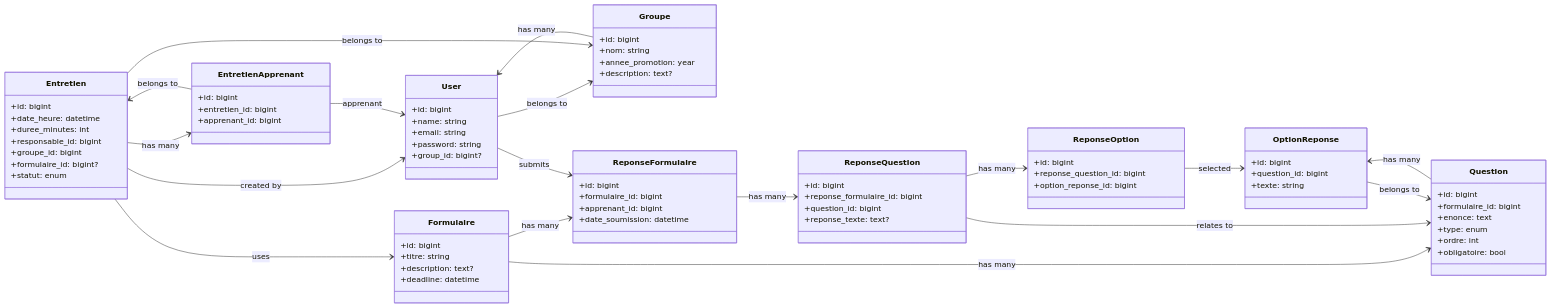
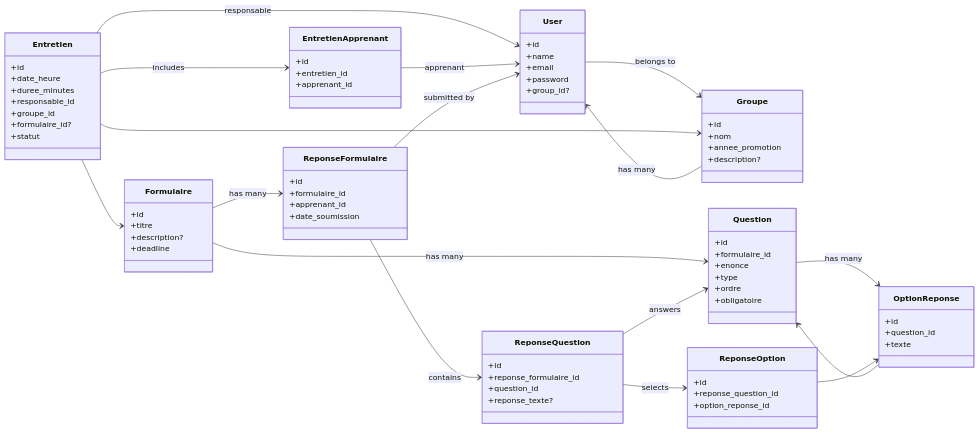
Before and after one commit to bardichoussama/FileRouge: the diagram in Branche Technique/Conception/Diagram_Class.mmd, drawn with Mermaid.

```diff
--- a/Branche Technique/Conception/Diagram_Class.mmd
+++ b/Branche Technique/Conception/Diagram_Class.mmd
@@ -1,100 +1,100 @@
 classDiagram
     direction LR
 
+    %% Entities
     class User {
-        +id: bigint
-        +name: string
-        +email: string
-        +password: string
-        +group_id: bigint?
+        +id
+        +name
+        +email
+        +password
+        +group_id?
     }
 
     class Groupe {
-        +id: bigint
-        +nom: string
-        +annee_promotion: year
-        +description: text?
+        +id
+        +nom
+        +annee_promotion
+        +description?
     }
 
     class Formulaire {
-        +id: bigint
-        +titre: string
-        +description: text?
-        +deadline: datetime
+        +id
+        +titre
+        +description?
+        +deadline
     }
 
     class Question {
-        +id: bigint
-        +formulaire_id: bigint
-        +enonce: text
-        +type: enum
-        +ordre: int
-        +obligatoire: bool
+        +id
+        +formulaire_id
+        +enonce
+        +type
+        +ordre
+        +obligatoire
     }
 
     class OptionReponse {
-        +id: bigint
-        +question_id: bigint
-        +texte: string
+        +id
+        +question_id
+        +texte
     }
 
     class Entretien {
-        +id: bigint
-        +date_heure: datetime
-        +duree_minutes: int
-        +responsable_id: bigint
-        +groupe_id: bigint
-        +formulaire_id: bigint?
-        +statut: enum
+        +id
+        +date_heure
+        +duree_minutes
+        +responsable_id
+        +groupe_id
+        +formulaire_id?
+        +statut
     }
 
     class EntretienApprenant {
-        +id: bigint
-        +entretien_id: bigint
-        +apprenant_id: bigint
+        +id
+        +entretien_id
+        +apprenant_id
     }
 
     class ReponseFormulaire {
-        +id: bigint
-        +formulaire_id: bigint
-        +apprenant_id: bigint
-        +date_soumission: datetime
+        +id
+        +formulaire_id
+        +apprenant_id
+        +date_soumission
     }
 
     class ReponseQuestion {
-        +id: bigint
-        +reponse_formulaire_id: bigint
-        +question_id: bigint
-        +reponse_texte: text?
+        +id
+        +reponse_formulaire_id
+        +question_id
+        +reponse_texte?
     }
 
     class ReponseOption {
-        +id: bigint
-        +reponse_question_id: bigint
-        +option_reponse_id: bigint
+        +id
+        +reponse_question_id
+        +option_reponse_id
     }
 
     %% Relationships
     User --> Groupe : belongs to
     Groupe --> User : has many
 
     Formulaire --> Question : has many
     Question --> OptionReponse : has many
 
-    Entretien --> Groupe : belongs to
-    Entretien --> Formulaire : uses
-    Entretien --> User : created by
-    Entretien --> EntretienApprenant : has many
+    Entretien --> Groupe
+    Entretien --> Formulaire
+    Entretien --> User : responsable
+    Entretien --> EntretienApprenant : includes
 
-    EntretienApprenant --> Entretien : belongs to
     EntretienApprenant --> User : apprenant
 
     Formulaire --> ReponseFormulaire : has many
-    User --> ReponseFormulaire : submits
+    ReponseFormulaire --> User : submitted by
 
-    ReponseFormulaire --> ReponseQuestion : has many
-    ReponseQuestion --> ReponseOption : has many
-    ReponseQuestion --> Question : relates to
+    ReponseFormulaire --> ReponseQuestion : contains
+    ReponseQuestion --> ReponseOption : selects
+    ReponseQuestion --> Question : answers
 
-    OptionReponse --> Question : belongs to
-    ReponseOption --> OptionReponse : selected
+    OptionReponse --> Question
+    ReponseOption --> OptionReponse
```
